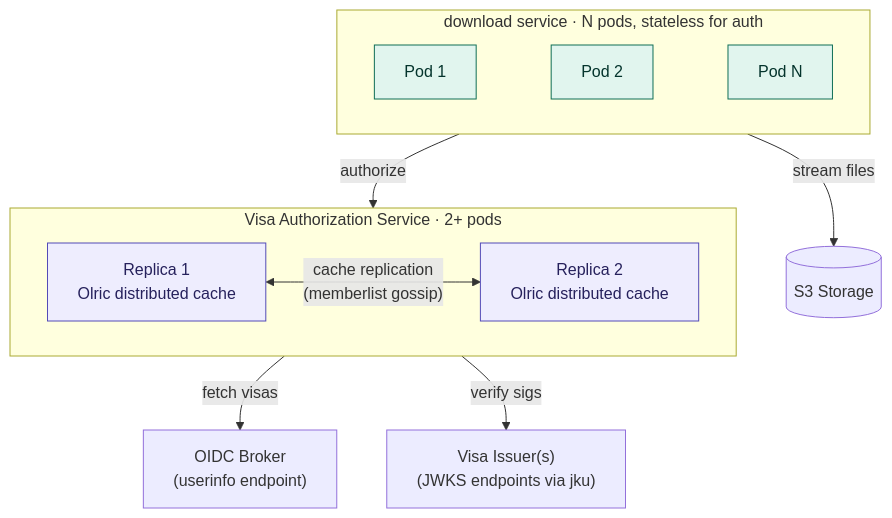
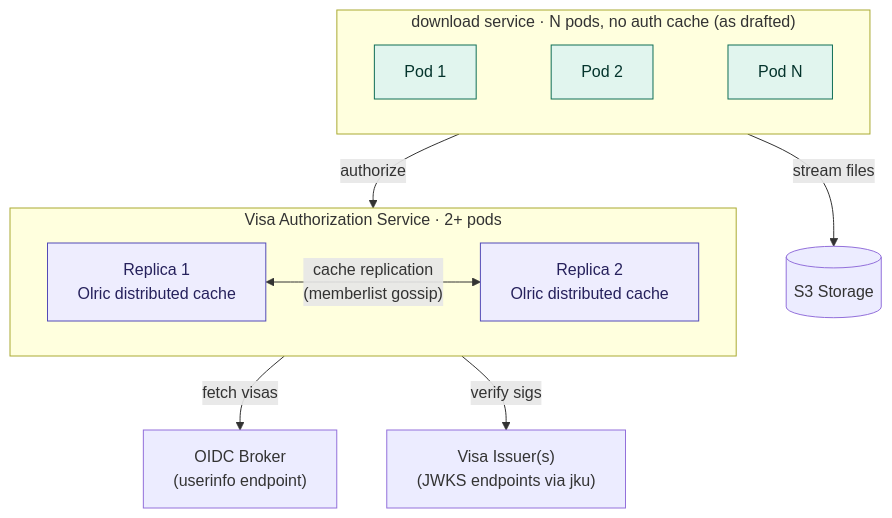
The second of 3 diagrams in docs/rfcs/0002-separate-visa-authorization-service.md (neicnordic/sensitive-data-archive), drawn with Mermaid before and after one commit. The commit also changed other lines of this file, not shown here.

First line of the commit message:
docs(rfc): correct RFC-0002 after a second read of code and chart history

````diff
--- a/docs/rfcs/0002-separate-visa-authorization-service.md
+++ b/docs/rfcs/0002-separate-visa-authorization-service.md
@@ -192,28 +321,28 @@
 ```mermaid
 flowchart TB
-    subgraph download["download service · N pods, stateless for auth"]
+    subgraph download["download service · N pods, no auth cache (as drafted)"]
         D1["Pod 1"] ~~~ D2["Pod 2"] ~~~ DN["Pod N"]
     end
 
     subgraph auth["Visa Authorization Service · 2+ pods"]
         direction LR
         CH1["Replica 1\nOlric distributed cache"]
         CH2["Replica 2\nOlric distributed cache"]
         CH1 <-->|"cache replication\n(memberlist gossip)"| CH2
     end
 
     OIDC["OIDC Broker\n(userinfo endpoint)"]
     JWKS["Visa Issuer(s)\n(JWKS endpoints via jku)"]
     S3[("S3 Storage")]
 
     download -->|"authorize"| auth
     download -->|"stream files"| S3
     auth -->|"fetch visas"| OIDC
     auth -->|"verify sigs"| JWKS
 
     style D1 fill:#e1f5ee,stroke:#0f6e56,color:#04342c
     style D2 fill:#e1f5ee,stroke:#0f6e56,color:#04342c
     style DN fill:#e1f5ee,stroke:#0f6e56,color:#04342c
     style CH1 fill:#eeedfe,stroke:#534ab7,color:#26215c
     style CH2 fill:#eeedfe,stroke:#534ab7,color:#26215c
 ```
````
